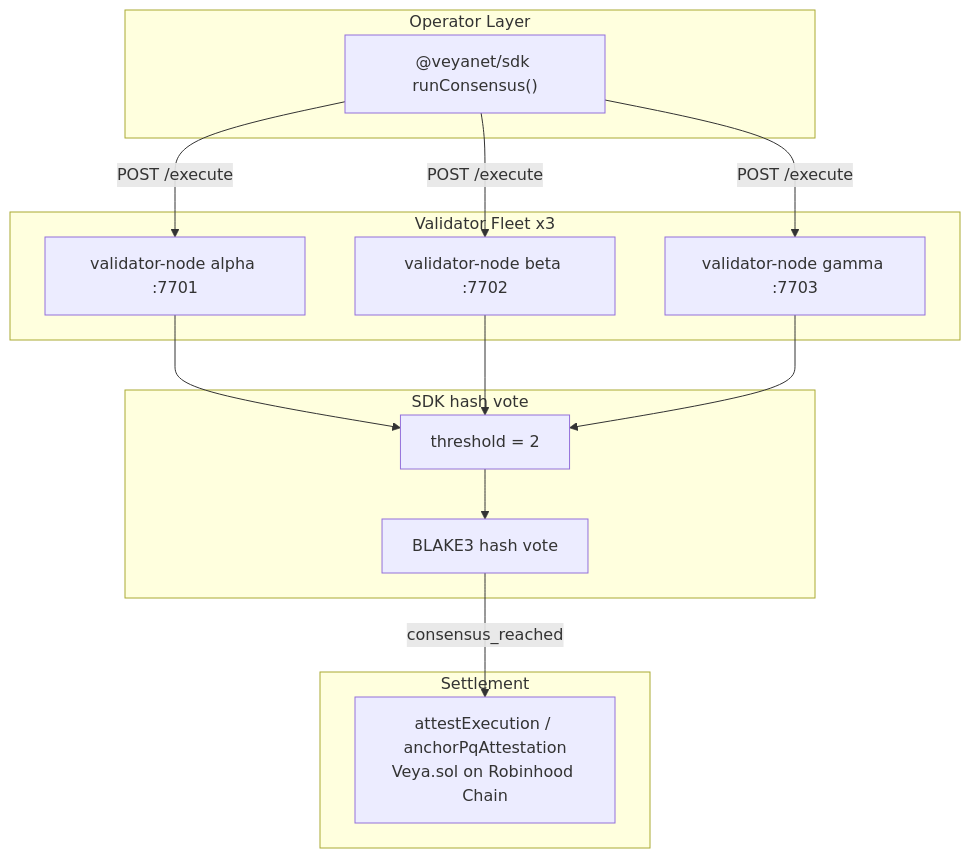
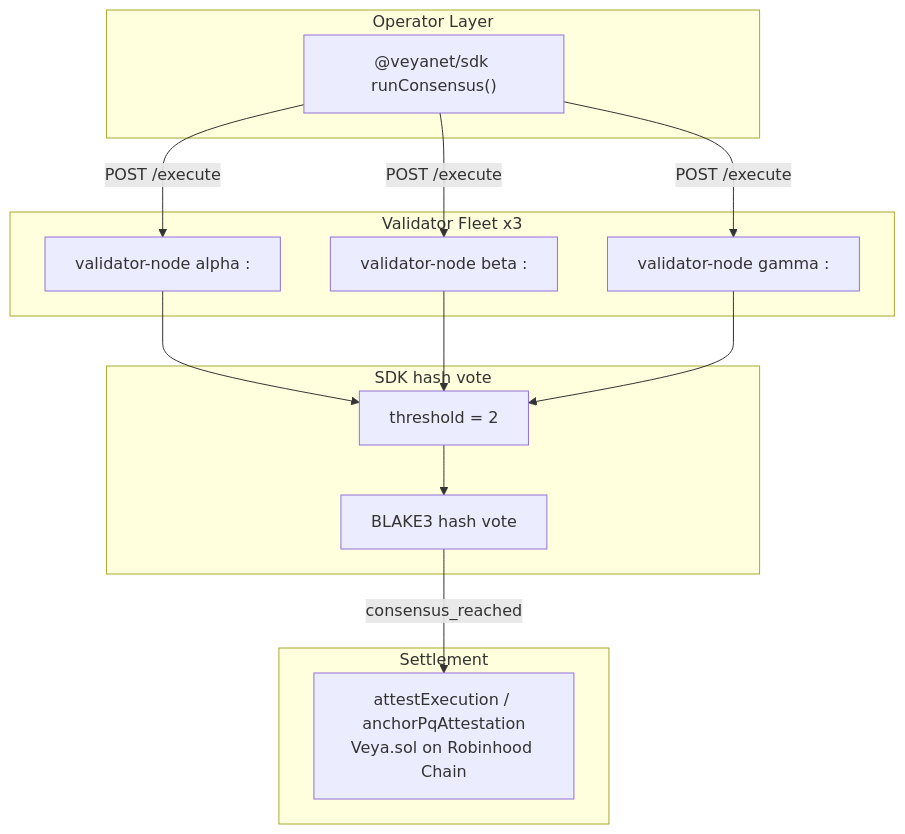
Before and after one commit to veyanet/veya-sdk: the first of 2 diagrams in docs/operations/consensus-cluster.md, drawn with Mermaid. The commit also changed other lines of this file, not shown here.

Commit message:
docs: use port placeholders in consensus cluster notes

````diff
--- a/docs/operations/consensus-cluster.md
+++ b/docs/operations/consensus-cluster.md
@@ -71,30 +69,30 @@
 ```mermaid
 flowchart TB
     subgraph Operator["Operator Layer"]
         SDK["@veyanet/sdk runConsensus()"]
     end
 
     subgraph Fleet["Validator Fleet x3"]
-        V1["validator-node alpha :7701"]
-        V2["validator-node beta :7702"]
-        V3["validator-node gamma :7703"]
+        V1["validator-node alpha :<port-1>"]
+        V2["validator-node beta :<port-2>"]
+        V3["validator-node gamma :<port-3>"]
     end
 
     subgraph Quorum["SDK hash vote"]
         EQ["threshold = 2"]
         B3["BLAKE3 hash vote"]
     end
 
     subgraph Anchor["Settlement"]
         VEYA["attestExecution / anchorPqAttestation\nVeya.sol on Robinhood Chain"]
     end
 
     SDK -->|"POST /execute"| V1
     SDK -->|"POST /execute"| V2
     SDK -->|"POST /execute"| V3
     V1 --> EQ
     V2 --> EQ
     V3 --> EQ
     EQ --> B3
     B3 -->|"consensus_reached"| VEYA
 ```
````
